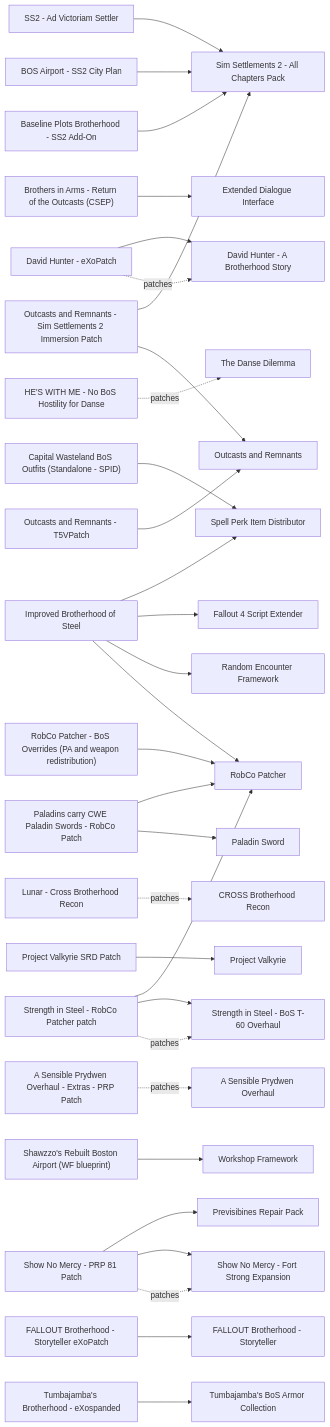
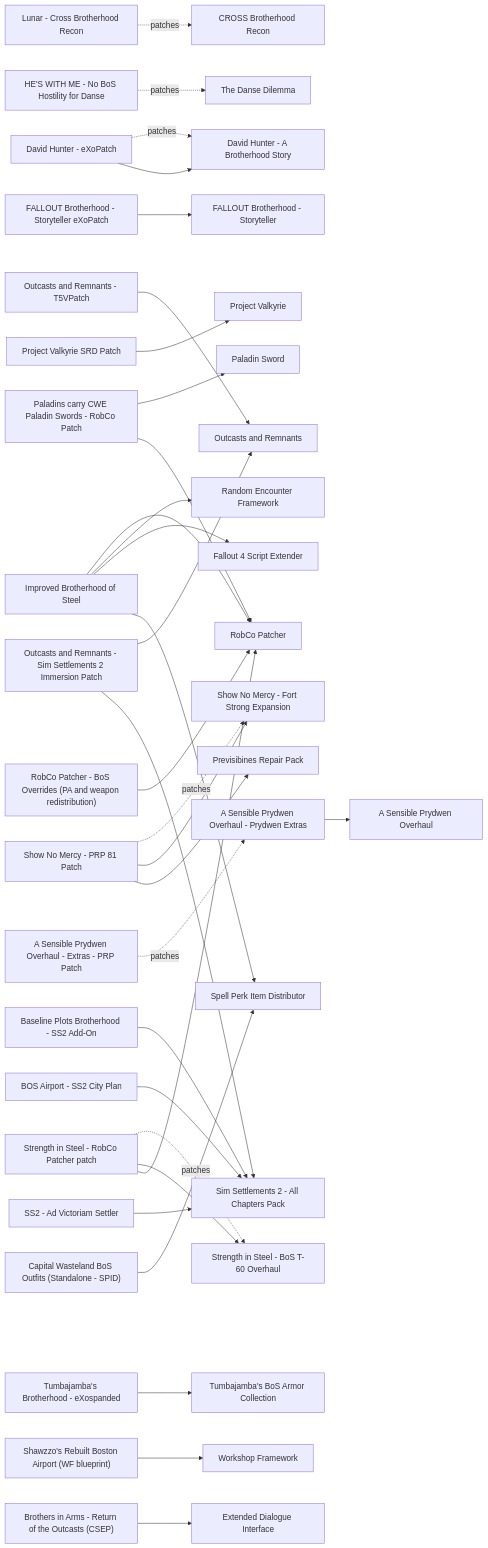
Before and after one commit to MorganKryze/special-mods-list: the diagram in docs/catalog/brotherhood.md, drawn with Mermaid. The commit also changed other lines of this file and 12 other files, not shown here.

````diff
--- a/docs/catalog/brotherhood.md
+++ b/docs/catalog/brotherhood.md
@@ -122,72 +123,74 @@
 ```mermaid
 graph LR
   baseline_plots_brotherhood["Baseline Plots Brotherhood - SS2 Add-On"]
   bos_airport_ss2_city_plan["BOS Airport - SS2 City Plan"]
   brothers_in_arms_csep["Brothers in Arms - Return of the Outcasts (CSEP)"]
   capital_wasteland_bos_outfits_spid["Capital Wasteland BoS Outfits (Standalone - SPID)"]
   cross_brotherhood_recon["CROSS Brotherhood Recon"]
   danse_dilemma["The Danse Dilemma"]
   david_hunter_brotherhood_story["David Hunter - A Brotherhood Story"]
   david_hunter_exopatch["David Hunter - eXoPatch"]
   f4se["Fallout 4 Script Extender"]
   fallout_brotherhood_storyteller["FALLOUT Brotherhood - Storyteller"]
   hes_with_me["HE'S WITH ME - No BoS Hostility for Danse"]
   improved_brotherhood_of_steel["Improved Brotherhood of Steel"]
   lunar_cross_brotherhood_recon_patch["Lunar - Cross Brotherhood Recon"]
   oar_ss2_patch["Outcasts and Remnants - Sim Settlements 2 Immersion Patch"]
   oar_t5v_patch["Outcasts and Remnants - T5VPatch"]
   outcasts_and_remnants["Outcasts and Remnants"]
   paladin_sword["Paladin Sword"]
   paladin_sword_robco_patch["Paladins carry CWE Paladin Swords - RobCo Patch"]
   project_valkyrie["Project Valkyrie"]
   prp["Previsibines Repair Pack"]
   pv_srd_patch["Project Valkyrie SRD Patch"]
   random_encounter_framework["Random Encounter Framework"]
   robco_bos_overrides["RobCo Patcher - BoS Overrides (PA and weapon redistribution)"]
   robco_patcher["RobCo Patcher"]
+  sensible_prydwen_extras["A Sensible Prydwen Overhaul - Prydwen Extras"]
   sensible_prydwen_extras_prp_patch["A Sensible Prydwen Overhaul - Extras - PRP Patch"]
   sensible_prydwen_overhaul["A Sensible Prydwen Overhaul"]
   shawzzo_rebuilt_boston_airport["Shawzzo's Rebuilt Boston Airport (WF blueprint)"]
   show_no_mercy_fort_strong["Show No Mercy - Fort Strong Expansion"]
   show_no_mercy_prp_patch["Show No Mercy - PRP 81 Patch"]
   sim_settlements_2["Sim Settlements 2 - All Chapters Pack"]
   spid["Spell Perk Item Distributor"]
   ss2_ad_victoriam_settler["SS2 - Ad Victoriam Settler"]
   storyteller_exopatch["FALLOUT Brotherhood - Storyteller eXoPatch"]
   strength_in_steel["Strength in Steel - BoS T-60 Overhaul"]
   strength_in_steel_robco_patch["Strength in Steel - RobCo Patcher patch"]
   tumbajamba_bos_armor_collection["Tumbajamba's BoS Armor Collection"]
   tumbajamba_bos_exospanded["Tumbajamba's Brotherhood - eXospanded"]
   workshop_framework["Workshop Framework"]
   xdi["Extended Dialogue Interface"]
   baseline_plots_brotherhood --> sim_settlements_2
   david_hunter_exopatch -. patches .-> david_hunter_brotherhood_story
   improved_brotherhood_of_steel --> robco_patcher
   improved_brotherhood_of_steel --> random_encounter_framework
   improved_brotherhood_of_steel --> f4se
   improved_brotherhood_of_steel --> spid
   show_no_mercy_prp_patch -. patches .-> show_no_mercy_fort_strong
   show_no_mercy_prp_patch --> show_no_mercy_fort_strong
   show_no_mercy_prp_patch --> prp
-  sensible_prydwen_extras_prp_patch -. patches .-> sensible_prydwen_overhaul
   bos_airport_ss2_city_plan --> sim_settlements_2
   brothers_in_arms_csep --> xdi
   capital_wasteland_bos_outfits_spid --> spid
   lunar_cross_brotherhood_recon_patch -. patches .-> cross_brotherhood_recon
   storyteller_exopatch --> fallout_brotherhood_storyteller
   oar_ss2_patch --> outcasts_and_remnants
   oar_ss2_patch --> sim_settlements_2
   oar_t5v_patch --> outcasts_and_remnants
   paladin_sword_robco_patch --> paladin_sword
   paladin_sword_robco_patch --> robco_patcher
   pv_srd_patch --> project_valkyrie
   shawzzo_rebuilt_boston_airport --> workshop_framework
   ss2_ad_victoriam_settler --> sim_settlements_2
   strength_in_steel_robco_patch -. patches .-> strength_in_steel
   strength_in_steel_robco_patch --> strength_in_steel
   strength_in_steel_robco_patch --> robco_patcher
   hes_with_me -. patches .-> danse_dilemma
   tumbajamba_bos_exospanded --> tumbajamba_bos_armor_collection
   robco_bos_overrides --> robco_patcher
   david_hunter_exopatch --> david_hunter_brotherhood_story
+  sensible_prydwen_extras --> sensible_prydwen_overhaul
+  sensible_prydwen_extras_prp_patch -. patches .-> sensible_prydwen_extras
 ```
````
